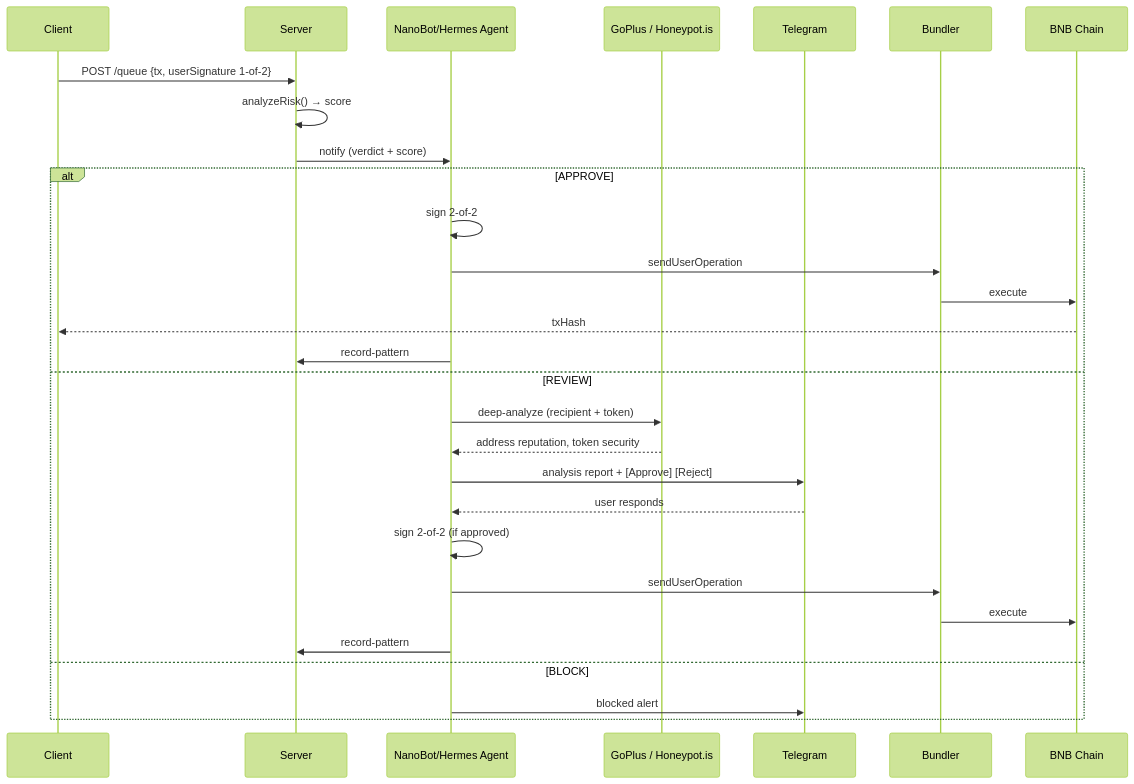
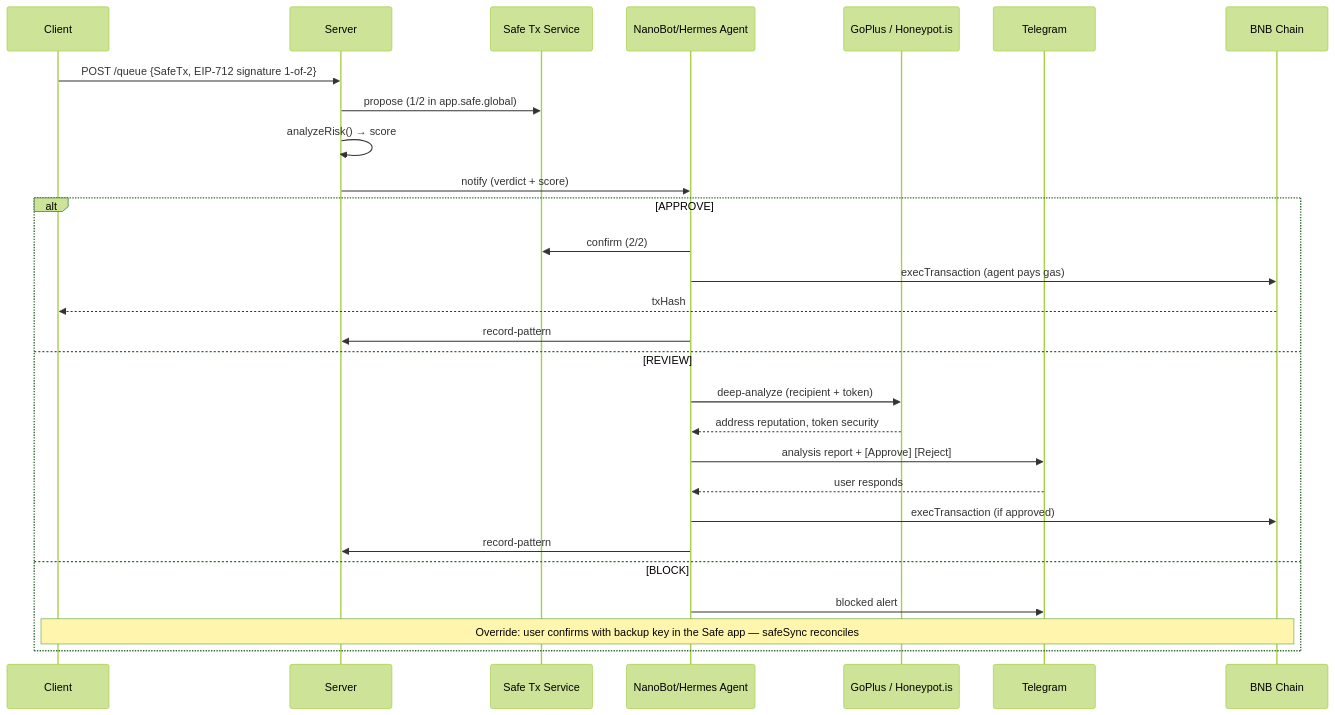
Before and after one commit to zhentanme/zhentan: the second of 2 diagrams in docs/technology/architecture.mdx, drawn with Mermaid (forest theme). The commit also changed other lines of this file and 13 other files, not shown here.

````diff
--- a/docs/technology/architecture.mdx
+++ b/docs/technology/architecture.mdx
@@ -57,32 +64,31 @@
 ```mermaid
 sequenceDiagram
     participant C as Client
     participant S as Server
+    participant TS as Safe Tx Service
     participant OC as NanoBot/Hermes Agent
     participant EXT as GoPlus / Honeypot.is
     participant TG as Telegram
-    participant B as Bundler
     participant BC as BNB Chain
 
-    C->>S: POST /queue {tx, userSignature 1-of-2}
+    C->>S: POST /queue {SafeTx, EIP-712 signature 1-of-2}
+    S->>TS: propose (1/2 in app.safe.global)
     S->>S: analyzeRisk() → score
     S->>OC: notify (verdict + score)
     alt APPROVE
-        OC->>OC: sign 2-of-2
-        OC->>B: sendUserOperation
-        B->>BC: execute
+        OC->>TS: confirm (2/2)
+        OC->>BC: execTransaction (agent pays gas)
         BC-->>C: txHash
         OC->>S: record-pattern
     else REVIEW
         OC->>EXT: deep-analyze (recipient + token)
         EXT-->>OC: address reputation, token security
         OC->>TG: analysis report + [Approve] [Reject]
         TG-->>OC: user responds
-        OC->>OC: sign 2-of-2 (if approved)
-        OC->>B: sendUserOperation
-        B->>BC: execute
+        OC->>BC: execTransaction (if approved)
         OC->>S: record-pattern
     else BLOCK
         OC->>TG: blocked alert
+        Note over C,BC: Override: user confirms with backup key in the Safe app — safeSync reconciles
     end
 ```
````
